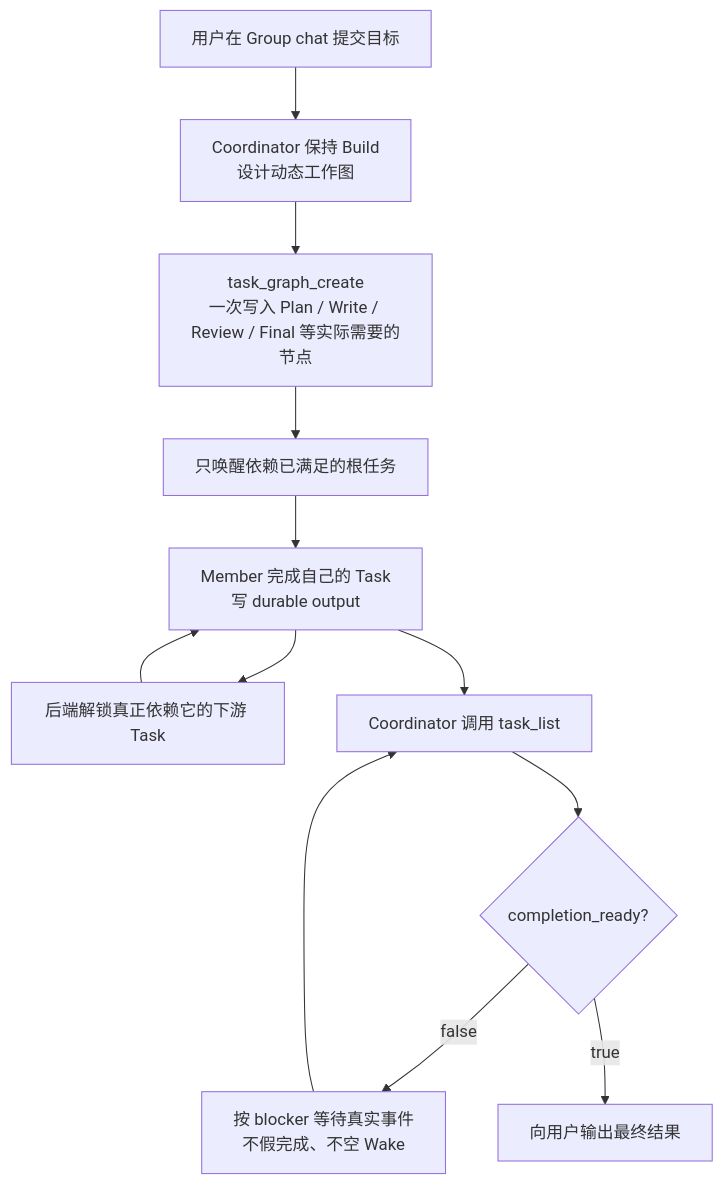
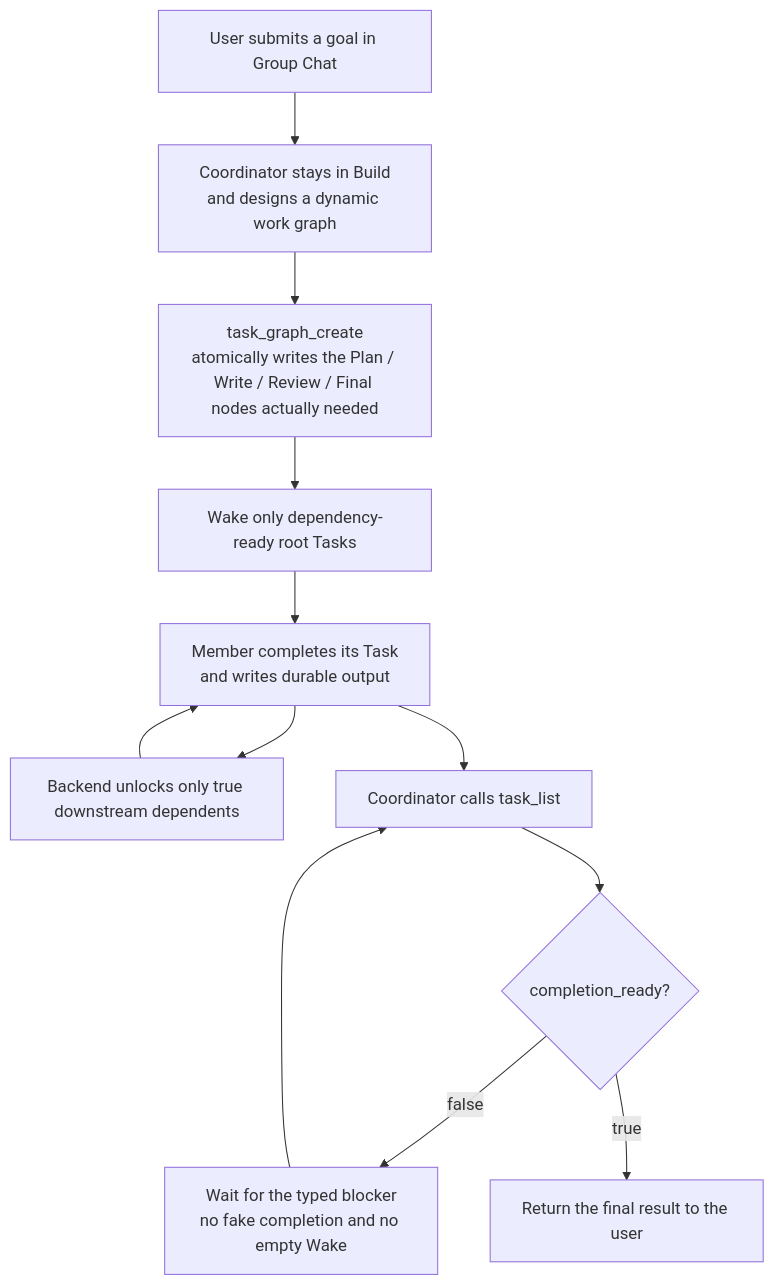
The second of 2 diagrams in docs/architecture-audit-2026-07-13/AgentOrgModernFamilyRecovery.md (YORG-AI/ORGII), drawn with Mermaid before and after one commit. The commit also changed other lines of this file and 94 other files, not shown here.

````diff
--- a/docs/architecture-audit-2026-07-13/AgentOrgModernFamilyRecovery.md
+++ b/docs/architecture-audit-2026-07-13/AgentOrgModernFamilyRecovery.md
@@ -58,14 +56,14 @@
 ```mermaid
 flowchart TD
-    U["用户在 Group chat 提交目标"] --> C["Coordinator 保持 Build\n设计动态工作图"]
-    C --> G["task_graph_create\n一次写入 Plan / Write / Review / Final 等实际需要的节点"]
-    G --> R["只唤醒依赖已满足的根任务"]
-    R --> M["Member 完成自己的 Task\n写 durable output"]
-    M --> N["后端解锁真正依赖它的下游 Task"]
+    U["User submits a goal in Group Chat"] --> C["Coordinator stays in Build\nand designs a dynamic work graph"]
+    C --> G["task_graph_create\natomically writes the Plan / Write / Review / Final nodes actually needed"]
+    G --> R["Wake only dependency-ready root Tasks"]
+    R --> M["Member completes its Task\nand writes durable output"]
+    M --> N["Backend unlocks only true downstream dependents"]
     N --> M
-    M --> S["Coordinator 调用 task_list"]
+    M --> S["Coordinator calls task_list"]
     S --> Q{"completion_ready?"}
-    Q -->|"false"| W["按 blocker 等待真实事件\n不假完成、不空 Wake"]
+    Q -->|"false"| W["Wait for the typed blocker\nno fake completion and no empty Wake"]
     W --> S
-    Q -->|"true"| F["向用户输出最终结果"]
+    Q -->|"true"| F["Return the final result to the user"]
 ```
````
